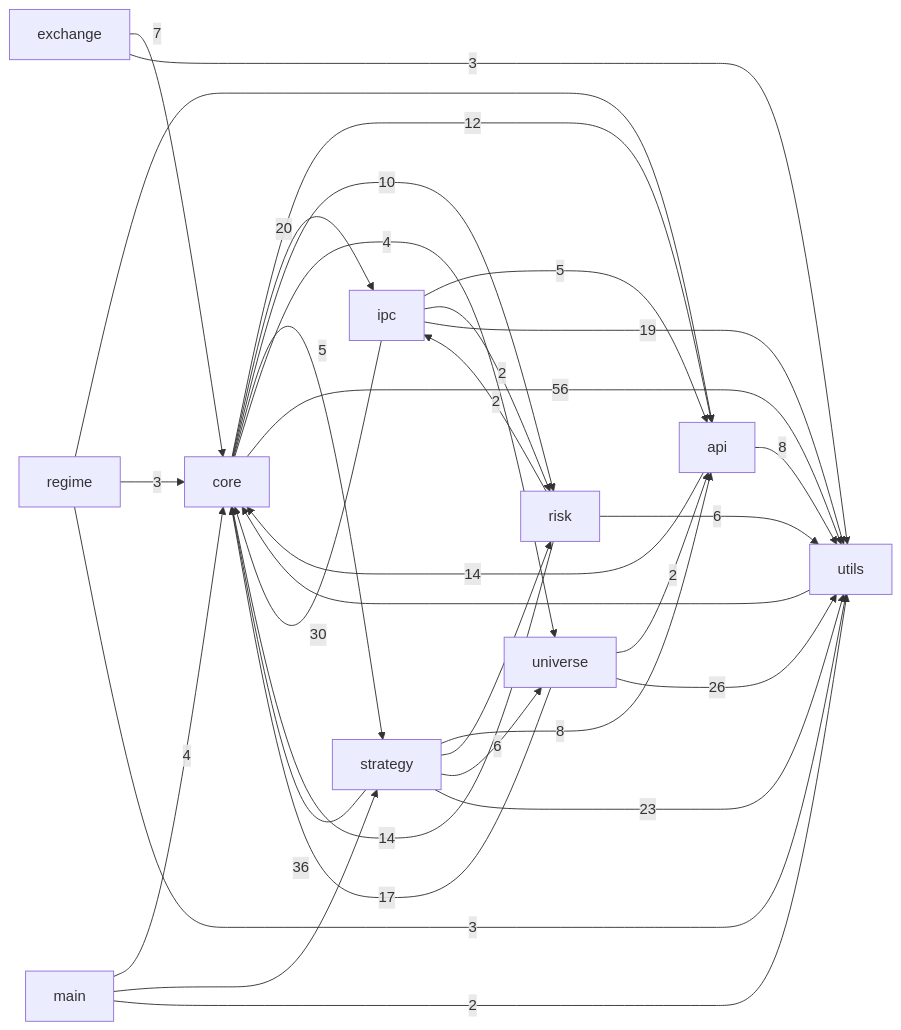
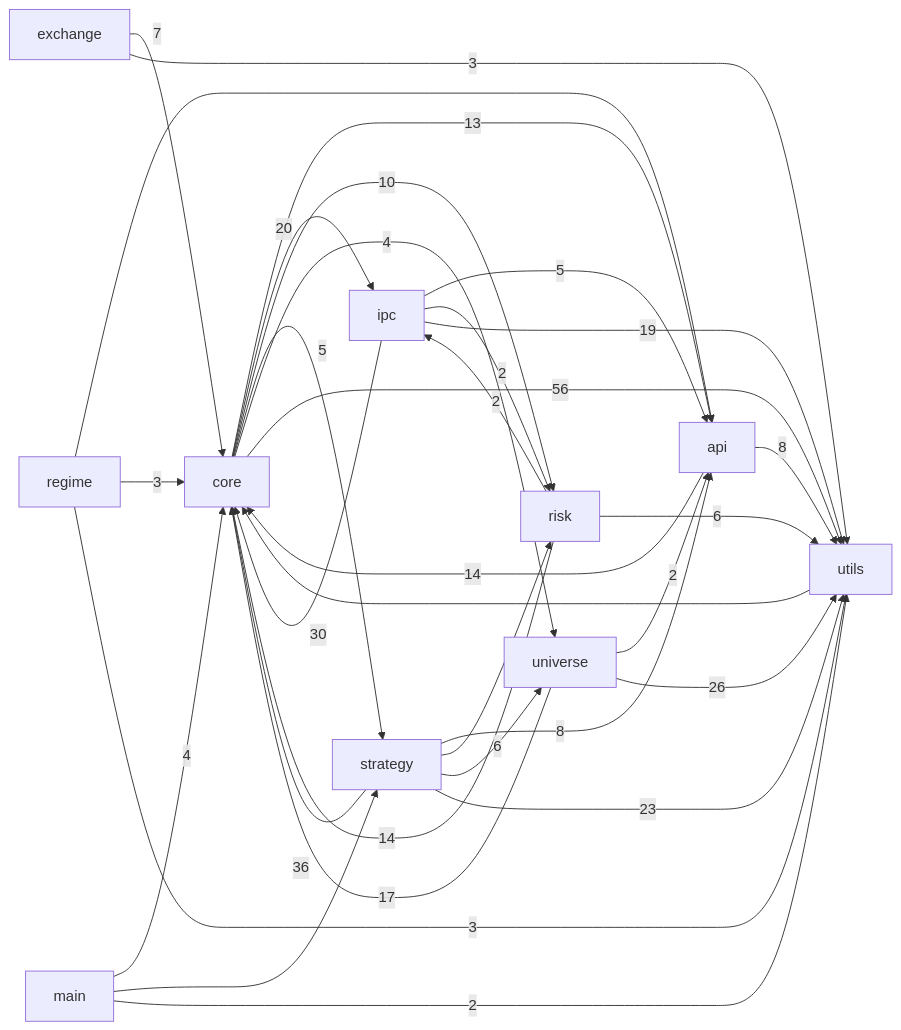
Before and after one commit to pypy8171/Quant: the first of 3 diagrams in docs/CODE_GRAPH.md, drawn with Mermaid. The commit also changed other lines of this file and 38 other files, not shown here.

````diff
--- a/docs/CODE_GRAPH.md
+++ b/docs/CODE_GRAPH.md
@@ -10,45 +10,45 @@
 ```mermaid
 graph LR
   main[main]
   core[core]
   strategy[strategy]
   api[api]
   universe[universe]
   risk[risk]
   ipc[ipc]
   utils[utils]
   exchange[exchange]
   regime[regime]
   api -->|14| core
   api -->|8| utils
-  core -->|12| api
+  core -->|13| api
   core -->|20| ipc
   core -->|10| risk
   core -->|5| strategy
   core -->|4| universe
   core -->|56| utils
   exchange -->|7| core
   exchange -->|3| utils
   ipc -->|5| api
   ipc -->|30| core
   ipc -->|2| risk
   ipc -->|19| utils
   main -->|4| core
   main --> strategy
   main -->|2| utils
   regime --> api
   regime -->|3| core
   regime -->|3| utils
   risk -->|14| core
   risk -->|2| ipc
   risk -->|6| utils
   strategy -->|8| api
   strategy -->|36| core
   strategy --> risk
   strategy -->|6| universe
   strategy -->|23| utils
   universe -->|2| api
   universe -->|17| core
   universe -->|26| utils
   utils --> core
 ```
````
